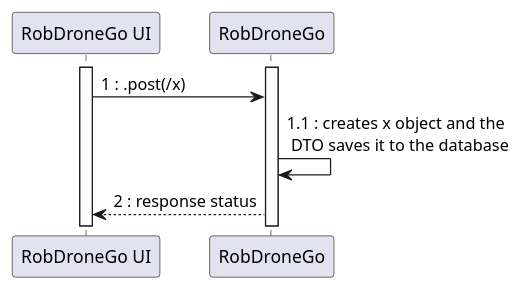
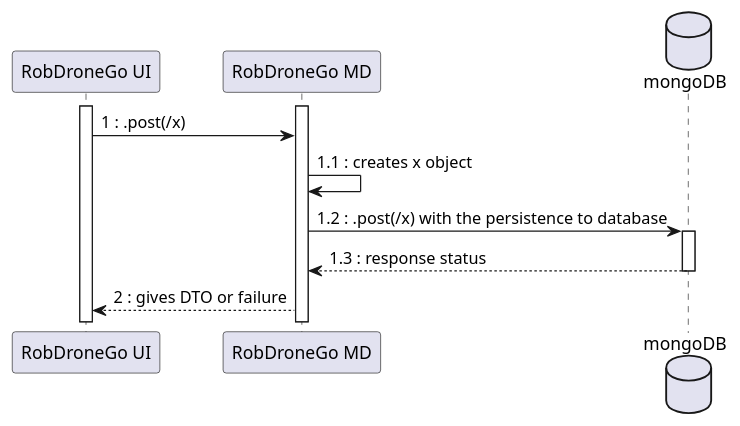
The diagram in docs/nivel2/SSD2POST.puml (mpoboas/sem5-pi-23-24-38), drawn with PlantUML before and after one commit. The commit also changed 32 other files, not shown here.

```diff
--- a/docs/nivel2/SSD2POST.puml
+++ b/docs/nivel2/SSD2POST.puml
@@ -1,11 +1,17 @@
-@startuml
+@startuml lvl2
 participant "RobDroneGo UI" as UI
-participant "RobDroneGo" as API
+participant "RobDroneGo MD" as API
+database "mongoDB" as BD
 
 activate UI
 activate API
 UI -> API : 1 : .post(/x)
-API -> API : 1.1 : creates x object and the\n DTO saves it to the database
-API --> UI : 2 : response status
+API -> API : 1.1 : creates x object
+API -> BD : 1.2 : .post(/x) with the persistence to database
+activate BD
+
+BD --> API : 1.3 : response status
+deactivate
+API --> UI : 2 : gives DTO or failure
 
 @enduml
```
